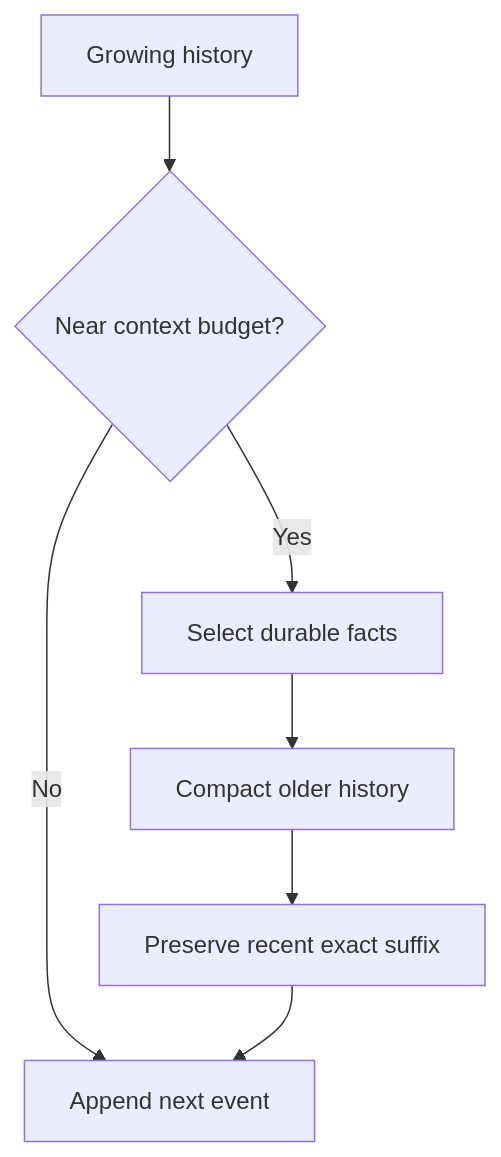
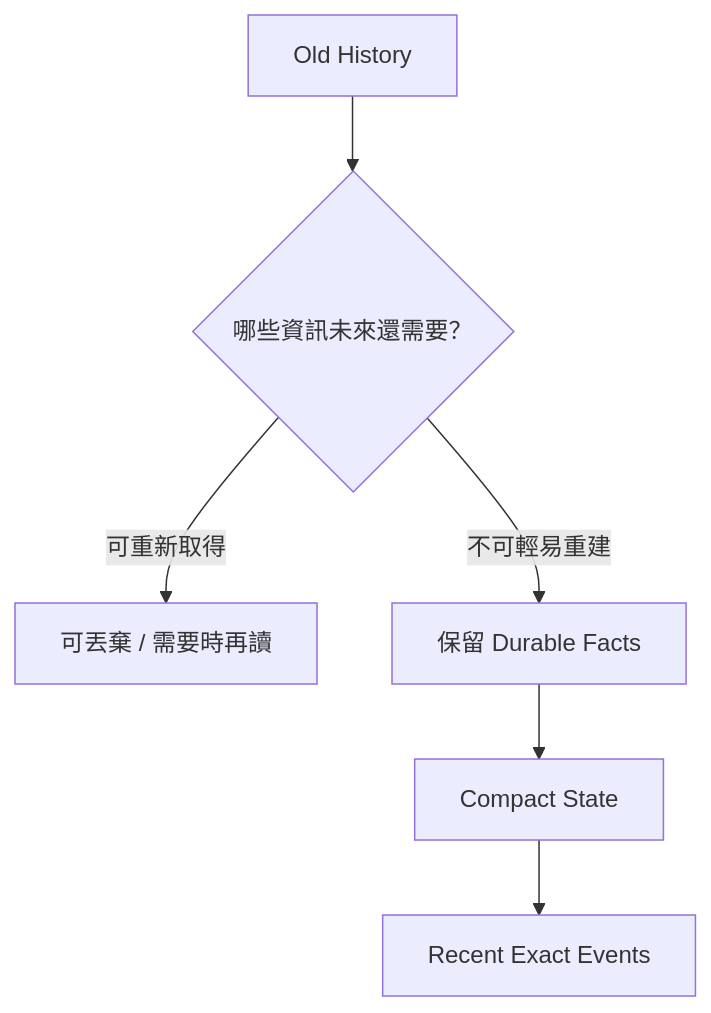
The eighth of 10 diagrams in docs/foundations/context-and-caching.md (indigofeather/harness-book), drawn with Mermaid before and after one commit. The commit also changed other lines of this file, not shown here.

Commit message:
docs: clarify context caching and compaction

````diff
--- a/docs/foundations/context-and-caching.md
+++ b/docs/foundations/context-and-caching.md
@@ -63,9 +255,8 @@
 ```mermaid
 flowchart TD
-  H[Growing history] --> B{Near context budget?}
-  B -->|No| A[Append next event]
-  B -->|Yes| C[Select durable facts]
-  C --> D[Compact older history]
-  D --> E[Preserve recent exact suffix]
-  E --> A
+  H[Old History] --> S{哪些資訊未來還需要？}
+  S -->|可重新取得| DROP[可丟棄 / 需要時再讀]
+  S -->|不可輕易重建| KEEP[保留 Durable Facts]
+  KEEP --> C[Compact State]
+  C --> R[Recent Exact Events]
 ```
````
